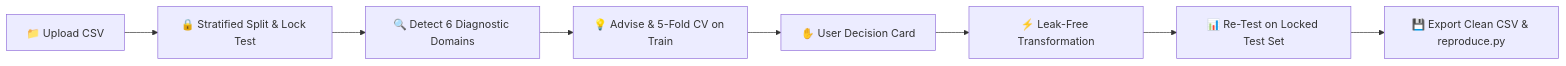
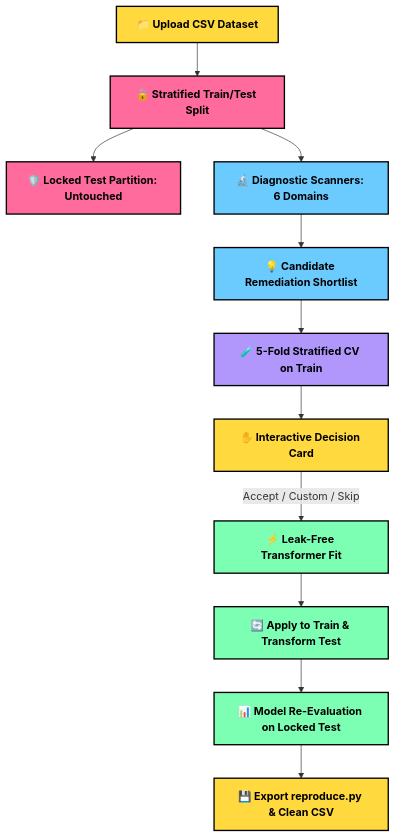
The diagram in README.md (Naresh-Kumar17/Dataset-Doctor), drawn with Mermaid before and after one commit. The commit also changed other lines of this file, not shown here.

Commit message:
docs(readme): add interactive databit-style decision cards and extensive upcoming features showcase

````diff
--- a/README.md
+++ b/README.md
@@ -41,10 +111,22 @@
 ```mermaid
-flowchart LR
-    A[📁 Upload CSV] --> B[🔒 Stratified Split & Lock Test]
-    B --> C[🔍 Detect 6 Diagnostic Domains]
-    C --> D[💡 Advise & 5-Fold CV on Train]
-    D --> E[✋ User Decision Card]
-    E --> F[⚡ Leak-Free Transformation]
-    F --> G[📊 Re-Test on Locked Test Set]
-    G --> H[💾 Export Clean CSV & reproduce.py]
+flowchart TD
+    %% Styling
+    classDef yellow fill:#FFD93D,stroke:#000,stroke-width:2px,font-weight:bold,color:#000;
+    classDef green fill:#7CFFB2,stroke:#000,stroke-width:2px,font-weight:bold,color:#000;
+    classDef pink fill:#FF6B9D,stroke:#000,stroke-width:2px,font-weight:bold,color:#000;
+    classDef blue fill:#6BCBFF,stroke:#000,stroke-width:2px,font-weight:bold,color:#000;
+    classDef purple fill:#B197FC,stroke:#000,stroke-width:2px,font-weight:bold,color:#000;
+
+    A[📁 Upload CSV Dataset]:::yellow --> B[🔒 Stratified Train/Test Split]:::pink
+    B --> C[🛡️ Locked Test Partition: Untouched]:::pink
+    B --> D[🔬 Diagnostic Scanners: 6 Domains]:::blue
+    
+    D --> E[💡 Candidate Remediation Shortlist]:::blue
+    E --> F[🧪 5-Fold Stratified CV on Train]:::purple
+    F --> G[✋ Interactive Decision Card]:::yellow
+    
+    G -->|Accept / Custom / Skip| H[⚡ Leak-Free Transformer Fit]:::green
+    H --> I[🔄 Apply to Train & Transform Test]:::green
+    I --> J[📊 Model Re-Evaluation on Locked Test]:::green
+    J --> K[💾 Export reproduce.py & Clean CSV]:::yellow
 ```
````
